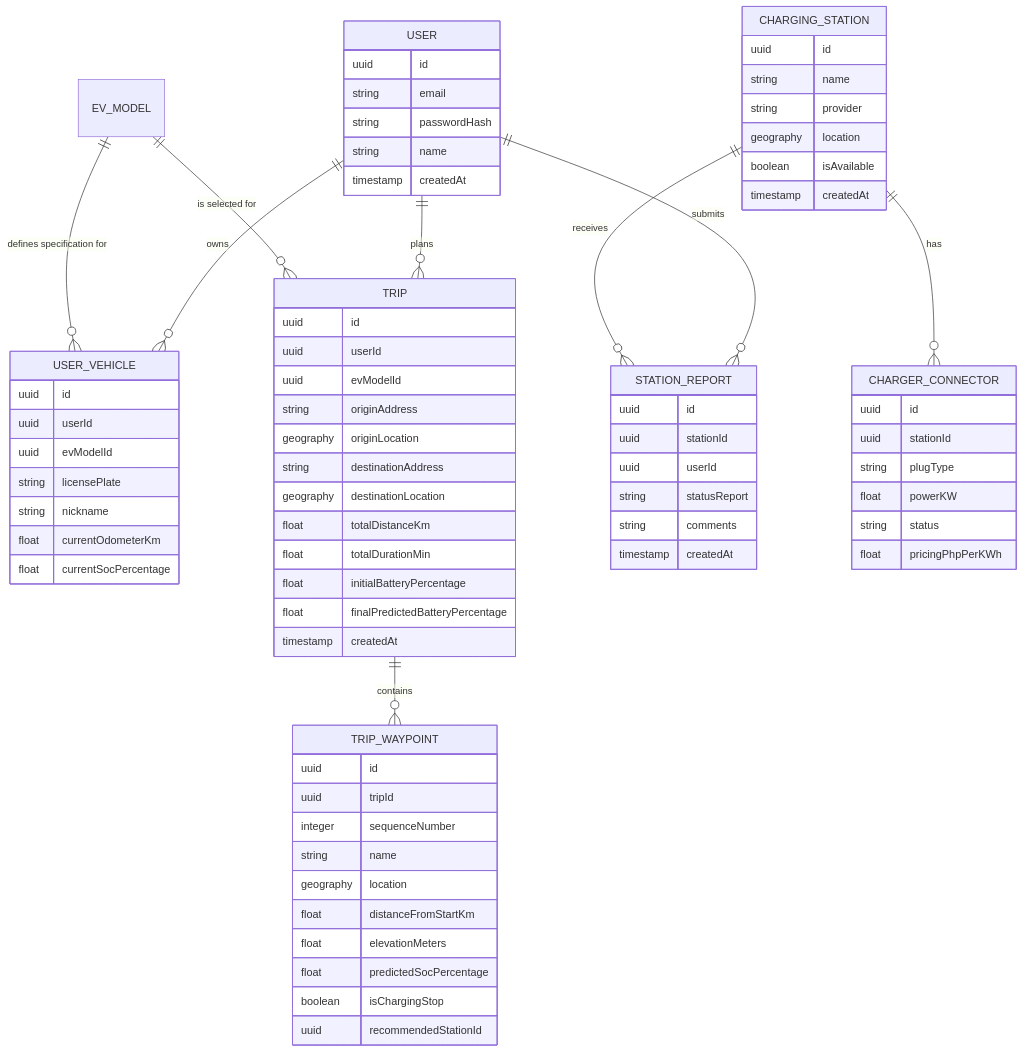
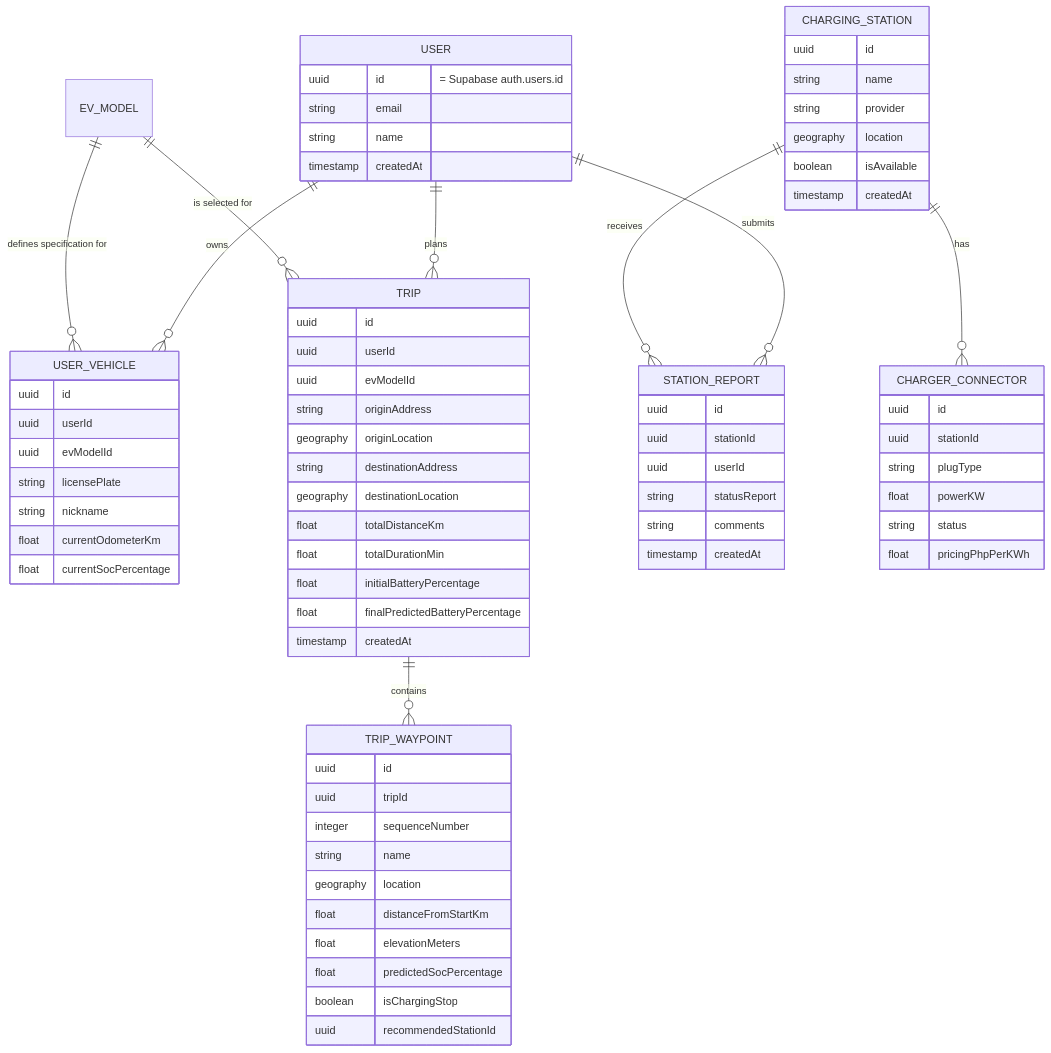
Before and after one commit to Team-Kaizen-MMDC/voltpathph: the diagram in docs/DATABASE.md, drawn with Mermaid. The commit also changed other lines of this file and 3 other files, not shown here.

```diff
--- a/docs/DATABASE.md
+++ b/docs/DATABASE.md
@@ -24,9 +24,8 @@
     }
 
     USER {
-        uuid id
+        uuid id "= Supabase auth.users.id"
         string email
-        string passwordHash
         string name
         timestamp createdAt
     }
```
